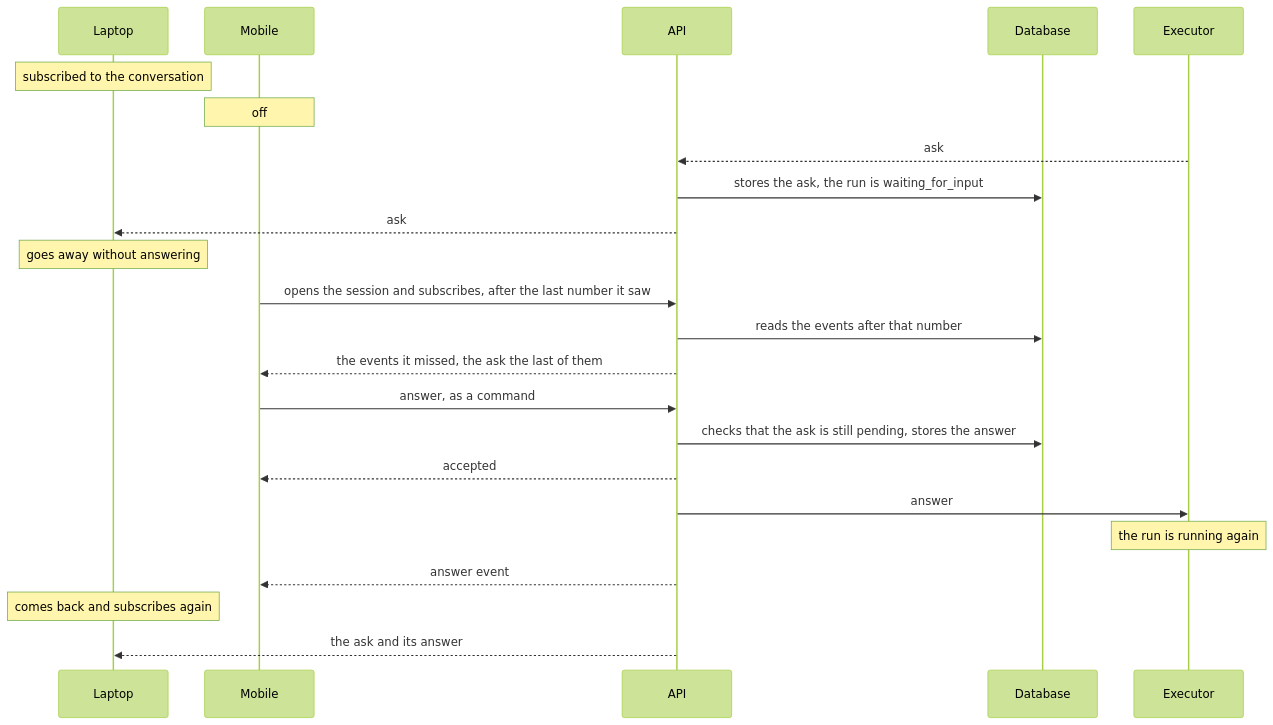
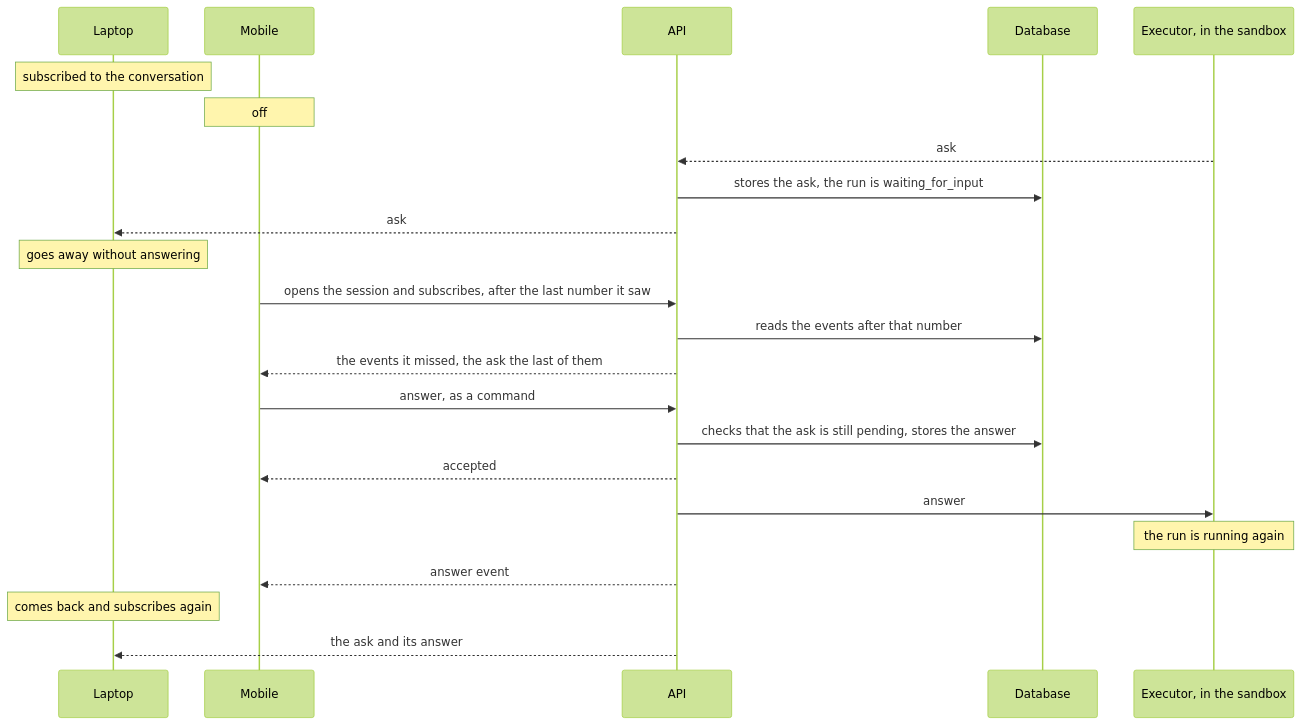
Before and after one commit to Mikode13/harness-docs: the diagram in flows/ask-and-answer.md, drawn with Mermaid (forest theme). The commit also changed 14 other files, not shown here.

````diff
--- a/flows/ask-and-answer.md
+++ b/flows/ask-and-answer.md
@@ -10,31 +10,31 @@
 ```mermaid
 sequenceDiagram
     participant L as Laptop
     participant M as Mobile
     participant A as API
     participant D as Database
-    participant E as Executor
+    participant E as Executor, in the sandbox
 
     Note over L: subscribed to the conversation
     Note over M: off
 
     E-->>A: ask
     A->>D: stores the ask, the run is waiting_for_input
     A-->>L: ask
 
     Note over L: goes away without answering
 
     M->>A: opens the session and subscribes, after the last number it saw
     A->>D: reads the events after that number
     A-->>M: the events it missed, the ask the last of them
 
     M->>A: answer, as a command
     A->>D: checks that the ask is still pending, stores the answer
     A-->>M: accepted
     A->>E: answer
     Note over E: the run is running again
     A-->>M: answer event
 
     Note over L: comes back and subscribes again
     A-->>L: the ask and its answer
 ```
````
